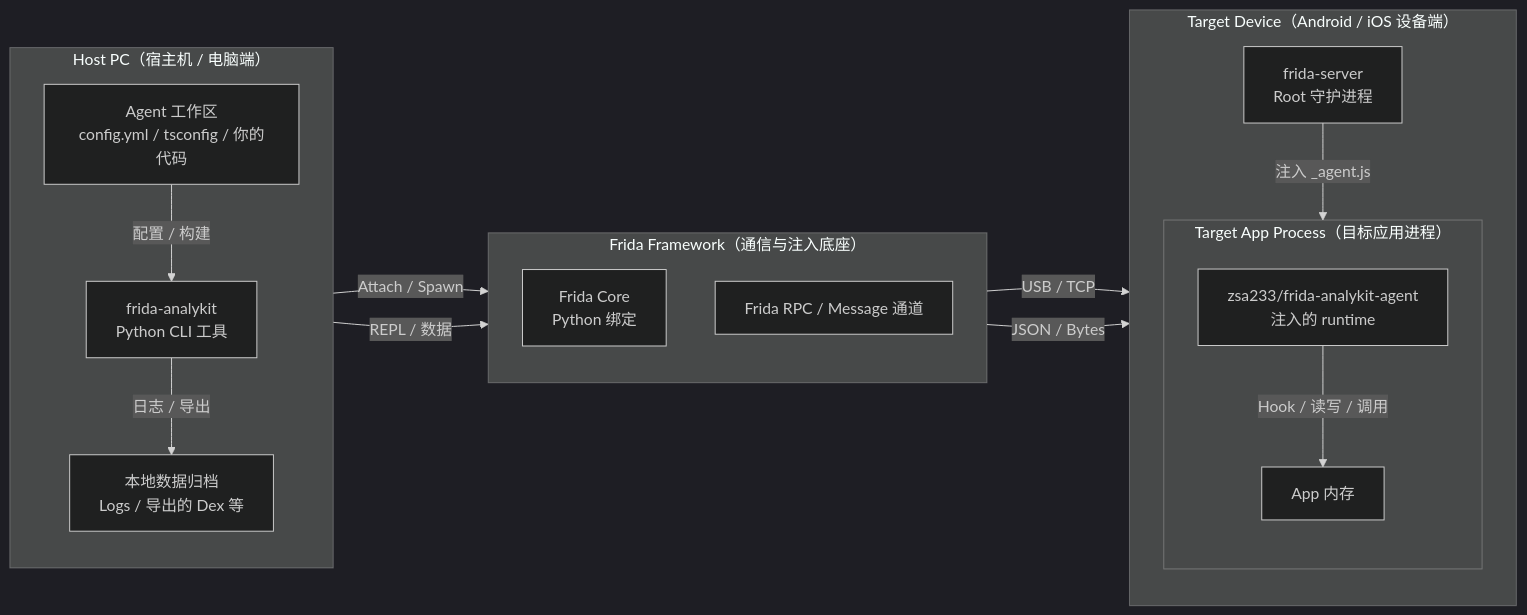
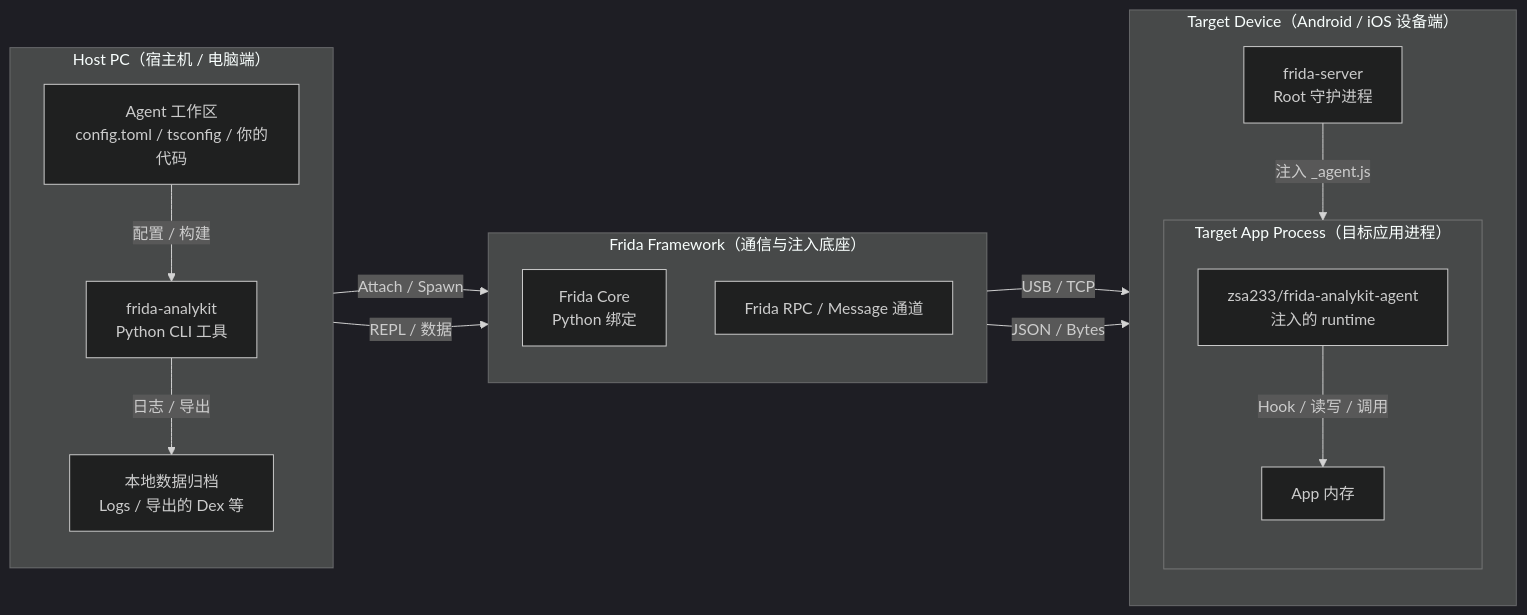
The diagram in docs/arch.mermaid (ZSA233/frida-analykit), drawn with Mermaid (dark theme) before and after one commit. The commit also changed 35 other files, not shown here.

```diff
--- a/docs/arch.mermaid
+++ b/docs/arch.mermaid
@@ -1,36 +1,36 @@
 flowchart LR
     subgraph Host["Host PC（宿主机 / 电脑端）"]
         direction TB
-        WorkDir["Agent 工作区<br/>config.yml / tsconfig / 你的代码"]
+        WorkDir["Agent 工作区<br/>config.toml / tsconfig / 你的代码"]
         CLI["frida-analykit<br/>Python CLI 工具"]
         DataArchive["本地数据归档<br/>Logs / 导出的 Dex 等"]
 
         WorkDir -->|"配置 / 构建"| CLI
         CLI -->|"日志 / 导出"| DataArchive
     end
 
     subgraph Framework["Frida Framework（通信与注入底座）"]
         direction TB
         FridaCore["Frida Core<br/>Python 绑定"]
         RPCChannel["Frida RPC / Message 通道"]
     end
 
     subgraph Device["Target Device（Android / iOS 设备端）"]
         direction TB
         FridaServer["frida-server<br/>Root 守护进程"]
 
         subgraph App["Target App Process（目标应用进程）"]
             direction TB
             AgentRuntime["zsa233/frida-analykit-agent<br/>注入的 runtime"]
             TargetMem["App 内存"]
 
             AgentRuntime -->|"Hook / 读写 / 调用"| TargetMem
         end
 
         FridaServer -->|"注入 _agent.js"| AgentRuntime
     end
 
     CLI -->|"Attach / Spawn"| FridaCore
     CLI -->|"REPL / 数据"| RPCChannel
     FridaCore -->|"USB / TCP"| FridaServer
     RPCChannel -->|"JSON / Bytes"| AgentRuntime
```
